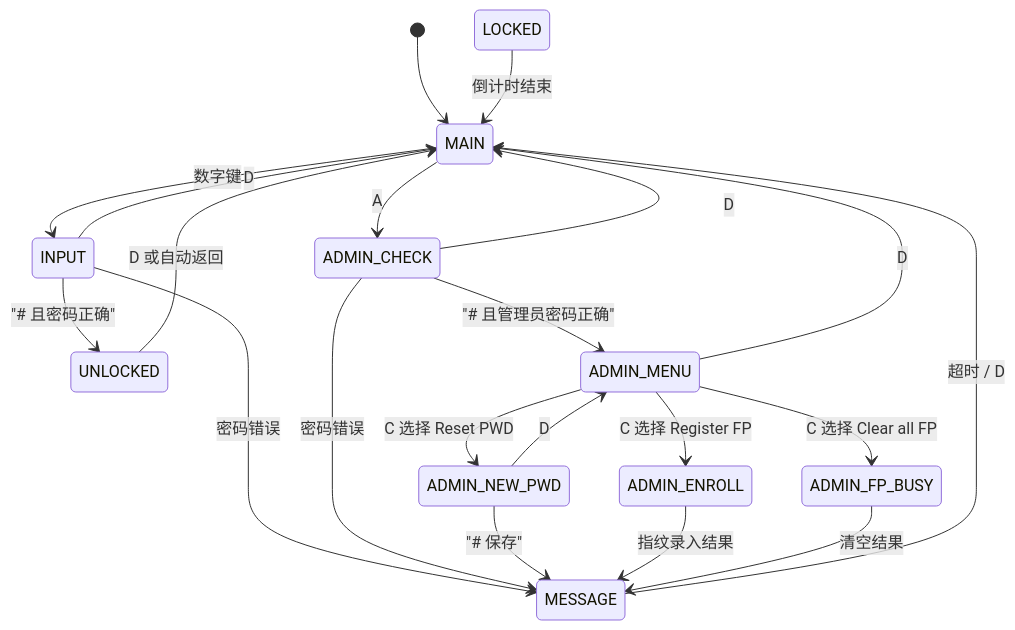
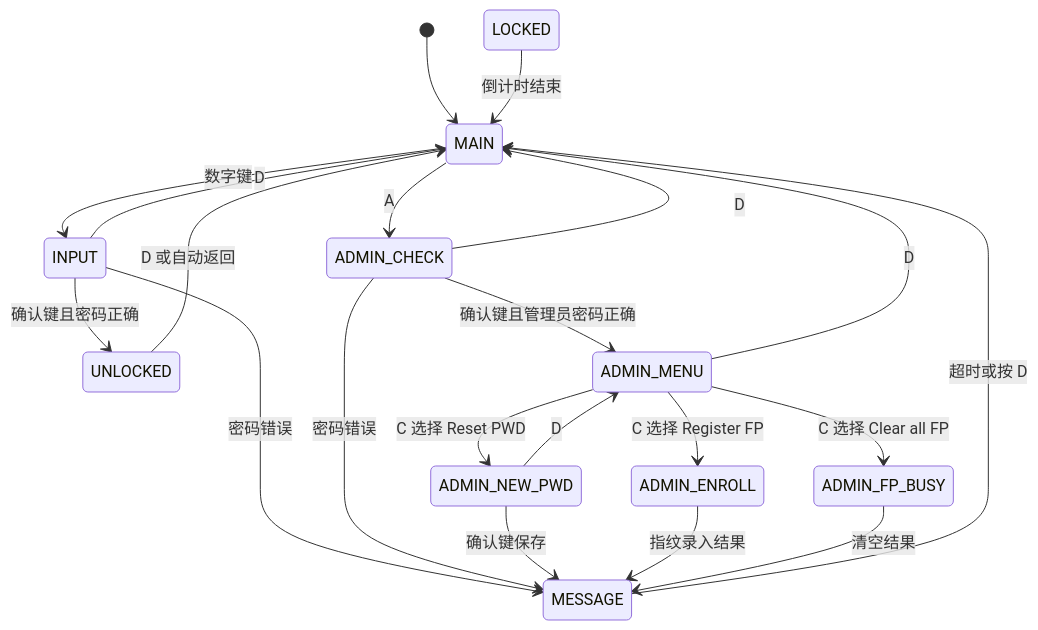
Before and after one commit to Bury621/Awesome_Lock: the second of 3 diagrams in README.md, drawn with Mermaid. The commit also changed other lines of this file, not shown here.

Commit message:
修复 README Mermaid 格式

````diff
--- a/README.md
+++ b/README.md
@@ -93,23 +93,23 @@
 ```mermaid
 stateDiagram-v2
     [*] --> MAIN
     MAIN --> INPUT: 数字键
     MAIN --> ADMIN_CHECK: A
-    INPUT --> UNLOCKED: "# 且密码正确"
+    INPUT --> UNLOCKED: 确认键且密码正确
     INPUT --> MESSAGE: 密码错误
     INPUT --> MAIN: D
-    ADMIN_CHECK --> ADMIN_MENU: "# 且管理员密码正确"
+    ADMIN_CHECK --> ADMIN_MENU: 确认键且管理员密码正确
     ADMIN_CHECK --> MESSAGE: 密码错误
     ADMIN_CHECK --> MAIN: D
     ADMIN_MENU --> ADMIN_NEW_PWD: C 选择 Reset PWD
     ADMIN_MENU --> ADMIN_ENROLL: C 选择 Register FP
     ADMIN_MENU --> ADMIN_FP_BUSY: C 选择 Clear all FP
     ADMIN_MENU --> MAIN: D
-    ADMIN_NEW_PWD --> MESSAGE: "# 保存"
+    ADMIN_NEW_PWD --> MESSAGE: 确认键保存
     ADMIN_NEW_PWD --> ADMIN_MENU: D
     ADMIN_ENROLL --> MESSAGE: 指纹录入结果
     ADMIN_FP_BUSY --> MESSAGE: 清空结果
     UNLOCKED --> MAIN: D 或自动返回
-    MESSAGE --> MAIN: 超时 / D
+    MESSAGE --> MAIN: 超时或按 D
     LOCKED --> MAIN: 倒计时结束
 ```
````
